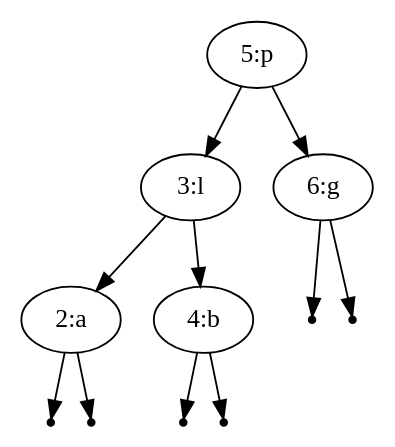
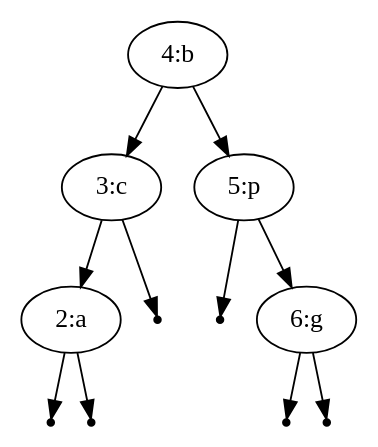
Before and after one commit to Lentosy/Master-Informatica: the diagram in Semester I/Gevorderde algoritmen/Labo 2019-2020/1. Binaire Zoekbomen/boom.dot, drawn with Graphviz. The commit also changed 4 other files, not shown here.

```diff
--- a/Semester I/Gevorderde algoritmen/Labo 2019-2020/1. Binaire Zoekbomen/boom.dot
+++ b/Semester I/Gevorderde algoritmen/Labo 2019-2020/1. Binaire Zoekbomen/boom.dot
@@ -1,23 +1,23 @@
 digraph {
-"1"[label="5:p"];
-"2"[label="3:l"];
+"1"[label="4:b"];
+"2"[label="3:c"];
 "3"[label="2:a"];
 "4" [shape=point];
 "5" [shape=point];
 "3" -> "4";
 "3" -> "5";
-"6"[label="4:b"];
-"7" [shape=point];
-"8" [shape=point];
-"6" -> "7";
-"6" -> "8";
+"6" [shape=point];
 "2" -> "3";
 "2" -> "6";
+"7"[label="5:p"];
+"8" [shape=point];
 "9"[label="6:g"];
 "10" [shape=point];
 "11" [shape=point];
 "9" -> "10";
 "9" -> "11";
+"7" -> "8";
+"7" -> "9";
 "1" -> "2";
-"1" -> "9";
+"1" -> "7";
 }
```
